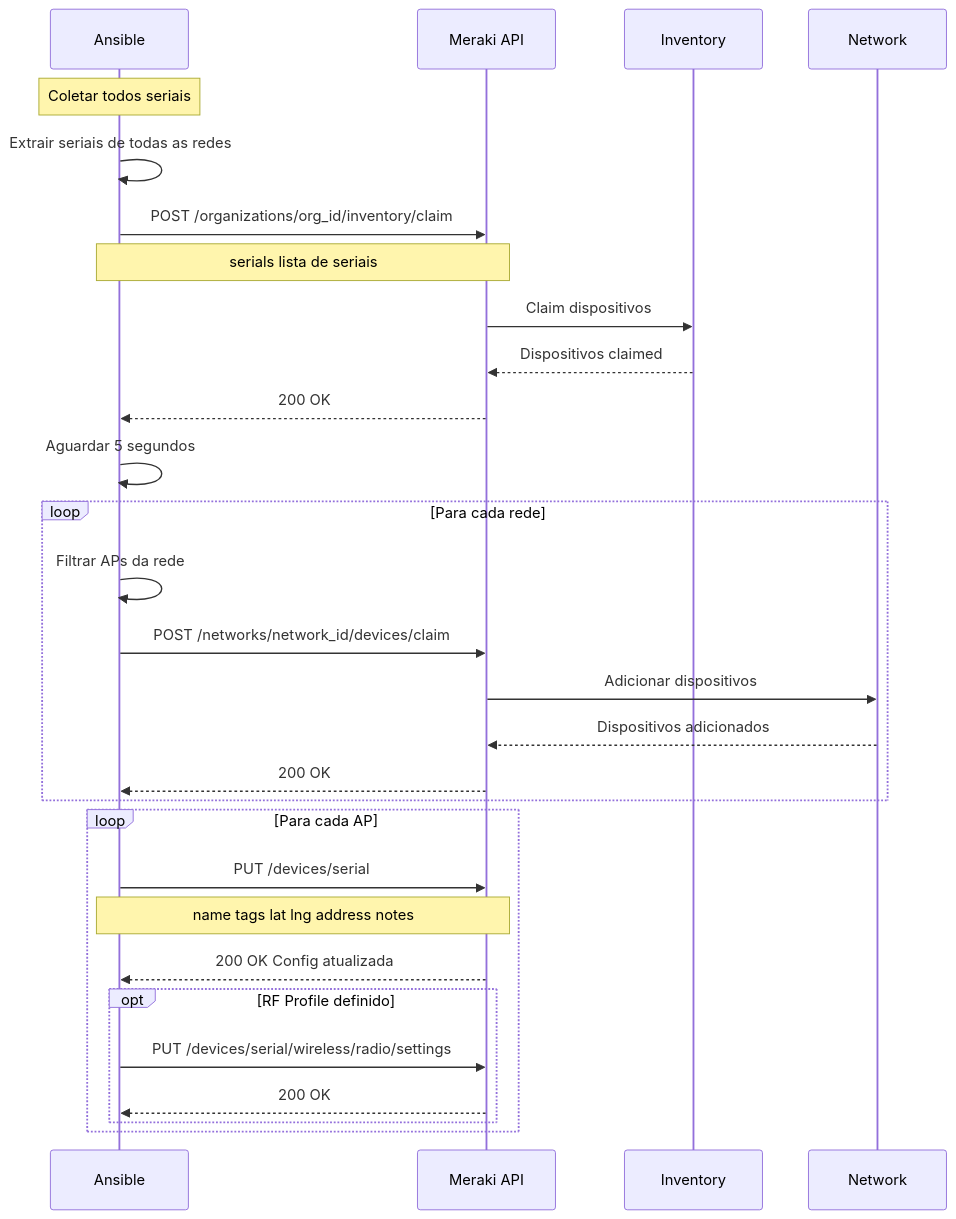
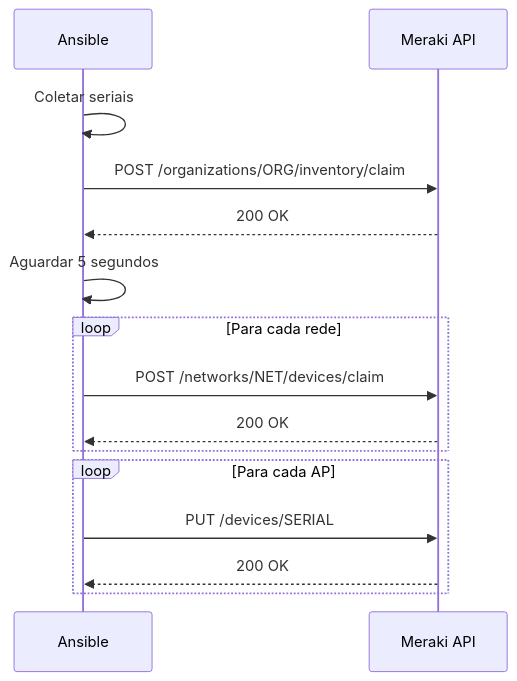
Before and after one commit to rodrigo-freitas-com/meraki-ansible: the eighth of 11 diagrams in docs/system-modeling.md, drawn with Mermaid. The commit also changed other lines of this file and 3 other files, not shown here.

````diff
--- a/docs/system-modeling.md
+++ b/docs/system-modeling.md
@@ -297,37 +293,21 @@
 ```mermaid
 sequenceDiagram
     participant A as Ansible
     participant M as Meraki API
-    participant I as Inventory
-    participant N as Network
 
-    Note over A: Coletar todos seriais
-    A->>A: Extrair seriais de todas as redes
-
-    A->>M: POST /organizations/org_id/inventory/claim
-    Note over A,M: serials lista de seriais
-    M->>I: Claim dispositivos
-    I-->>M: Dispositivos claimed
+    A->>A: Coletar seriais
+    A->>M: POST /organizations/ORG/inventory/claim
     M-->>A: 200 OK
 
     A->>A: Aguardar 5 segundos
 
     loop Para cada rede
-        A->>A: Filtrar APs da rede
-        A->>M: POST /networks/network_id/devices/claim
-        M->>N: Adicionar dispositivos
-        N-->>M: Dispositivos adicionados
+        A->>M: POST /networks/NET/devices/claim
         M-->>A: 200 OK
     end
 
     loop Para cada AP
-        A->>M: PUT /devices/serial
-        Note over A,M: name tags lat lng address notes
-        M-->>A: 200 OK Config atualizada
-
-        opt RF Profile definido
-            A->>M: PUT /devices/serial/wireless/radio/settings
-            M-->>A: 200 OK
-        end
+        A->>M: PUT /devices/SERIAL
+        M-->>A: 200 OK
     end
 ```
````
